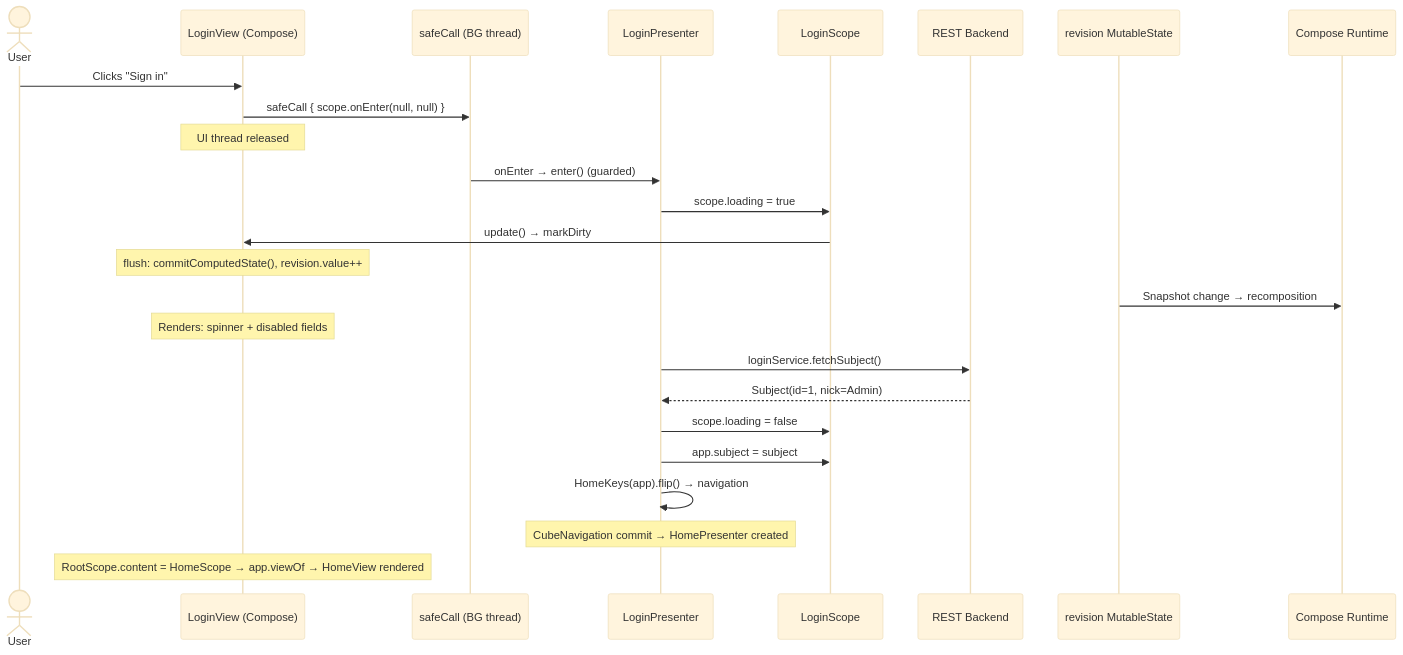
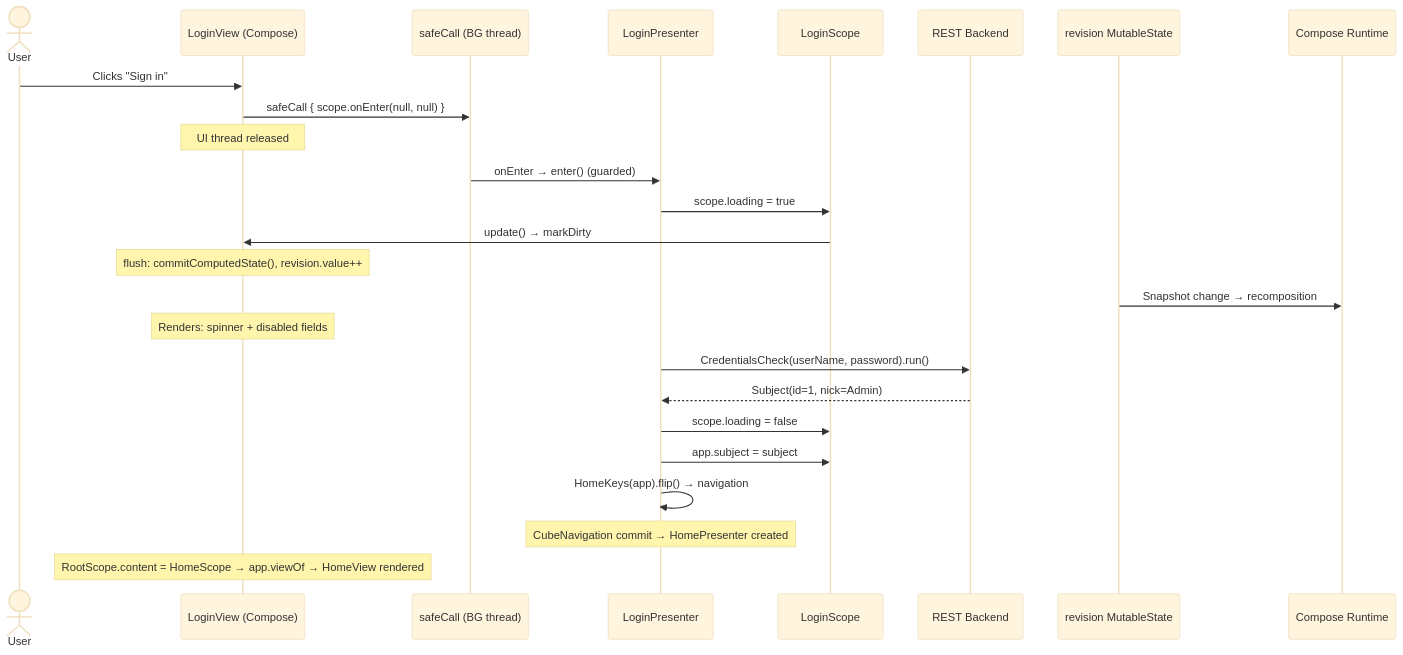
One commit to mrcdom/wdc-cube-kotlin changed the fifth of 9 diagrams in docs/architecture-cube-compose.md. Above: the diagram before and after it, drawn with Mermaid (base theme). The commit also changed other lines of this file and 7 other files, not shown here.

````diff
--- a/docs/architecture-cube-compose.md
+++ b/docs/architecture-cube-compose.md
@@ -234,31 +234,31 @@
 ```mermaid
 sequenceDiagram
     actor User as User
     participant View as LoginView (Compose)
     participant SC as safeCall (BG thread)
     participant P as LoginPresenter
     participant S as LoginScope
     participant API as REST Backend
     participant Rev as revision MutableState
     participant CR as Compose Runtime
 
     User->>View: Clicks "Sign in"
     View->>SC: safeCall { scope.onEnter(null, null) }
     Note over View: UI thread released
 
     SC->>P: onEnter → enter() (guarded)
     P->>S: scope.loading = true
     S->>View: update() → markDirty
     Note over View: flush: commitComputedState(), revision.value++
     Rev->>CR: Snapshot change → recomposition
     Note over View: Renders: spinner + disabled fields
 
-    P->>API: loginService.fetchSubject()
+    P->>API: CredentialsCheck(userName, password).run()
     API-->>P: Subject(id=1, nick=Admin)
 
     P->>S: scope.loading = false
     P->>S: app.subject = subject
     P->>P: HomeKeys(app).flip() → navigation
     Note over P: CubeNavigation commit → HomePresenter created
     Note over View: RootScope.content = HomeScope → app.viewOf → HomeView rendered
 ```
````
